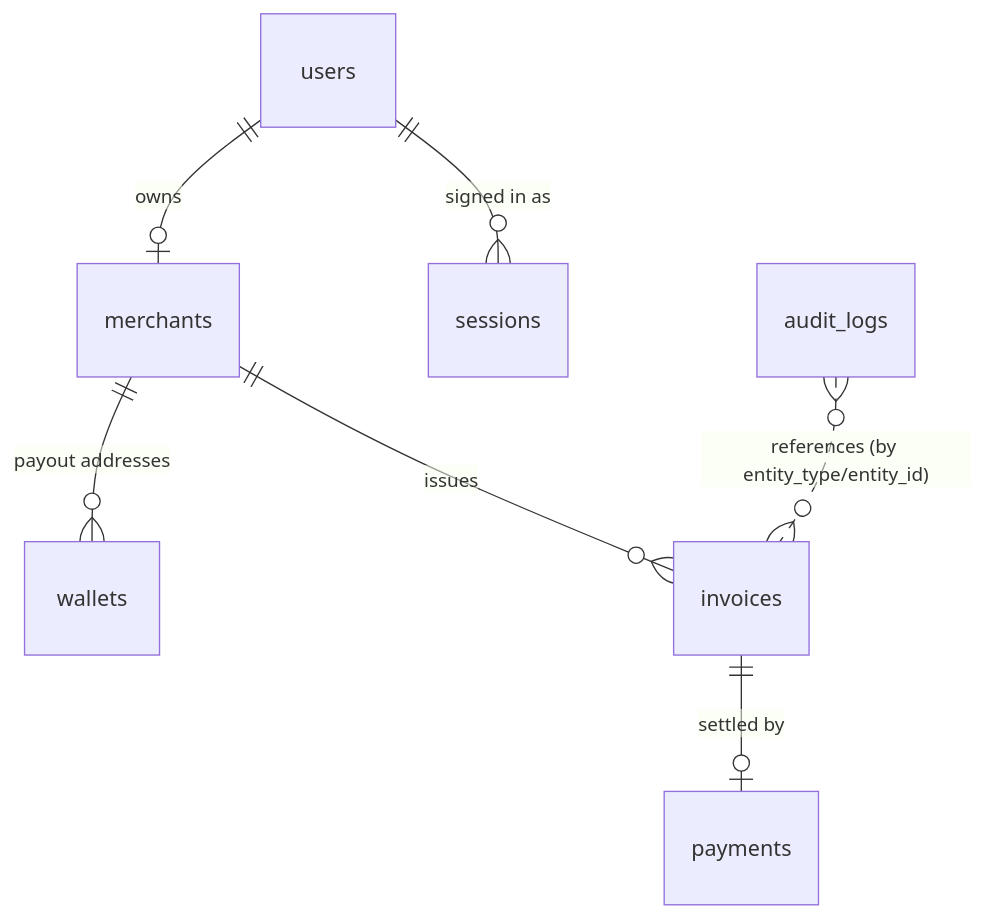
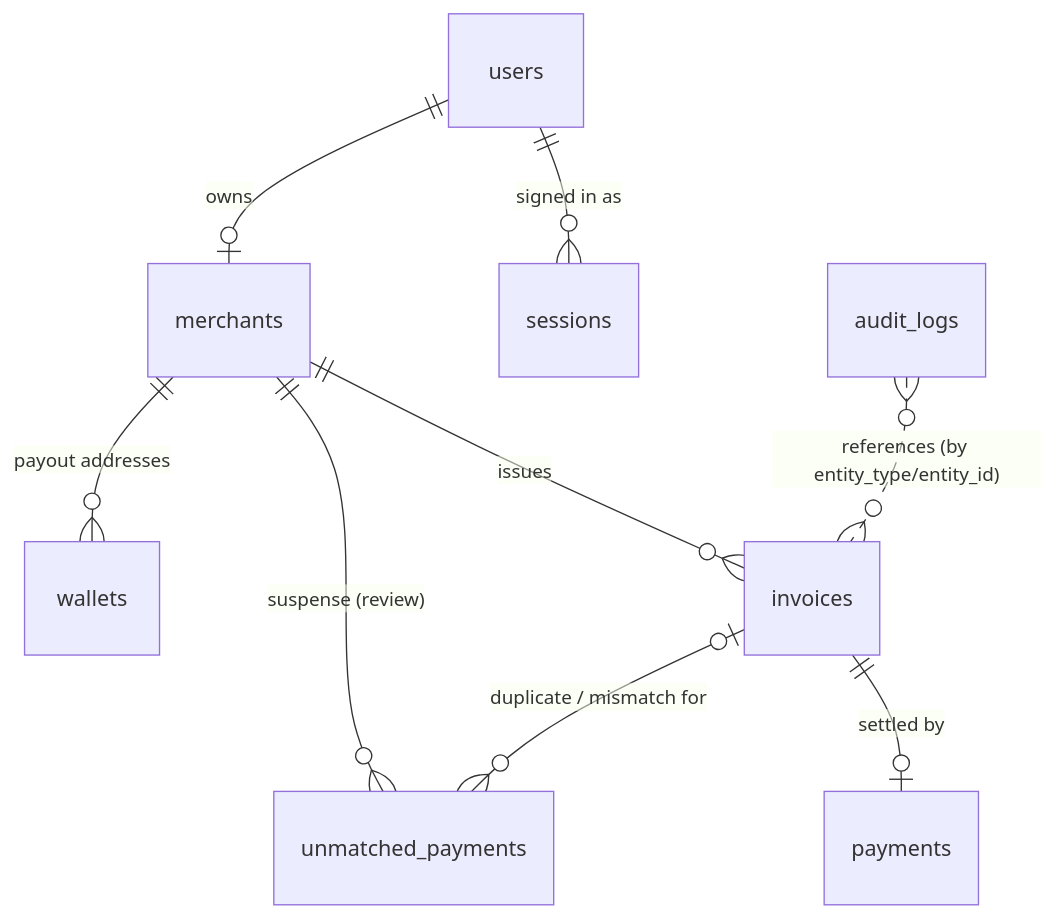
One commit to Ram2k24/solanapay-checkout changed the diagram in docs/database.md. Above: the diagram before and after it, drawn with Mermaid. The commit also changed other lines of this file and 11 other files, not shown here.

Commit message:
Add unmatched payments ledger, evidence immutability and pure payment verifier (Phase 9 steps 1-2)

````diff
--- a/docs/database.md
+++ b/docs/database.md
@@ -8,9 +8,11 @@
 ```mermaid
 erDiagram
     users ||--o| merchants : owns
     merchants ||--o{ wallets : "payout addresses"
     merchants ||--o{ invoices : issues
     invoices ||--o| payments : "settled by"
+    merchants ||--o{ unmatched_payments : "suspense (review)"
+    invoices |o--o{ unmatched_payments : "duplicate / mismatch for"
     users ||--o{ sessions : "signed in as"
     audit_logs }o..o{ invoices : "references (by entity_type/entity_id)"
 ```
````
